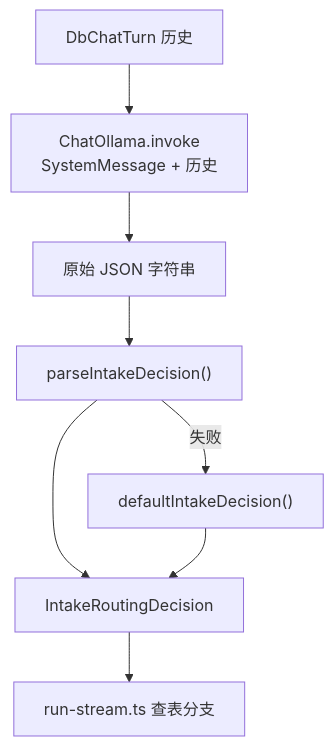
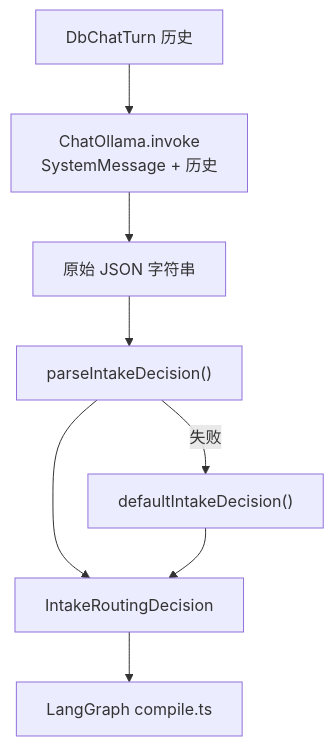
The fourth of 7 diagrams in docs/02-agent-flows.md (panzhanfei/fambrain-agents), drawn with Mermaid before and after one commit. The commit also changed other lines of this file and 18 other files, not shown here.

````diff
--- a/docs/02-agent-flows.md
+++ b/docs/02-agent-flows.md
@@ -107,10 +115,10 @@
 ```mermaid
 flowchart TD
   H[DbChatTurn 历史] --> LLM["ChatOllama.invoke<br/>SystemMessage + 历史"]
   LLM --> RAW[原始 JSON 字符串]
   RAW --> PARSE["parseIntakeDecision()"]
   PARSE -->|失败| DEF["defaultIntakeDecision()"]
   PARSE --> OK[IntakeRoutingDecision]
   DEF --> OK
-  OK --> PIPE["run-stream.ts 查表分支"]
+  OK --> PIPE["LangGraph compile.ts"]
 ```
````
